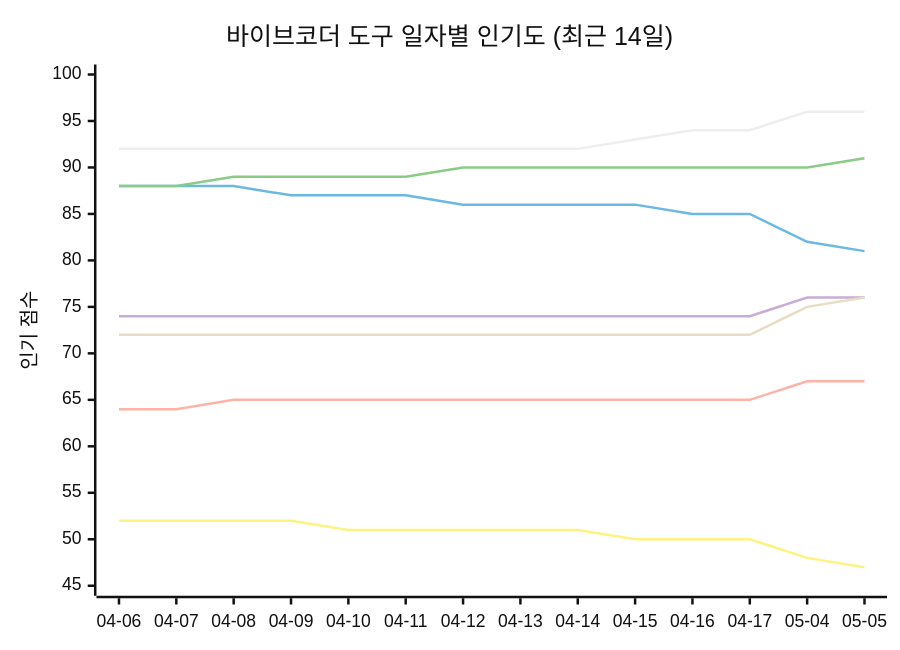
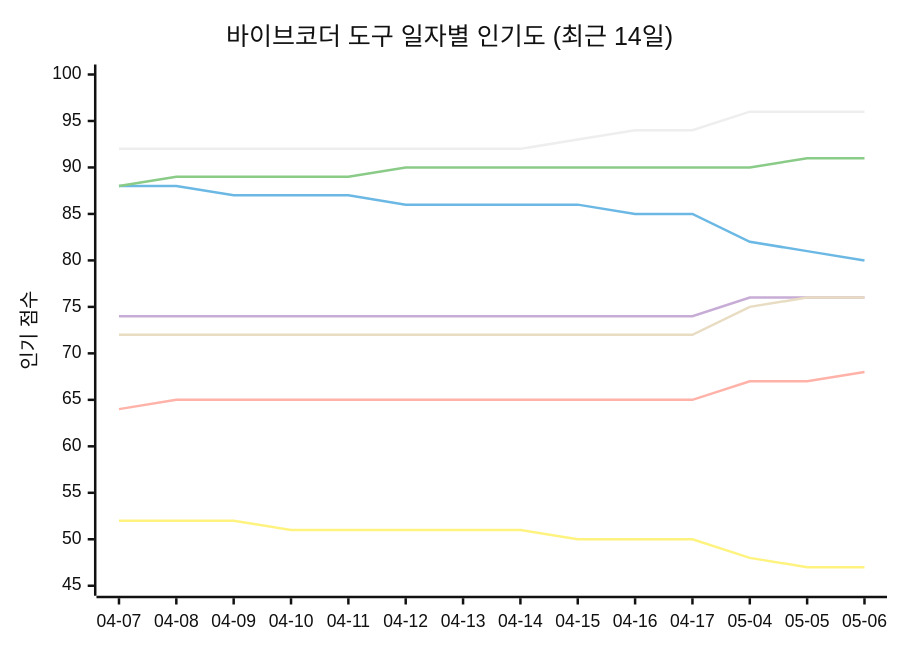
Before and after one commit to tykimos/ai-whatchelin: the seventh of 11 diagrams in README_ko.md, drawn with Mermaid (neutral theme). The commit also changed other lines of this file and 4 other files, not shown here.

````diff
--- a/README_ko.md
+++ b/README_ko.md
@@ -683,13 +684,13 @@
 ```mermaid
 xychart-beta
     title "바이브코더 도구 일자별 인기도 (최근 14일)"
-    x-axis ["04-06", "04-07", "04-08", "04-09", "04-10", "04-11", "04-12", "04-13", "04-14", "04-15", "04-16", "04-17", "05-04", "05-05"]
+    x-axis ["04-07", "04-08", "04-09", "04-10", "04-11", "04-12", "04-13", "04-14", "04-15", "04-16", "04-17", "05-04", "05-05", "05-06"]
     y-axis "인기 점수" 45 --> 100
-    line "Claude Code" [92, 92, 92, 92, 92, 92, 92, 92, 92, 93, 94, 94, 96, 96]
-    line "GH Copilot" [88, 88, 88, 87, 87, 87, 86, 86, 86, 86, 85, 85, 82, 81]
-    line "Cursor" [88, 88, 89, 89, 89, 89, 90, 90, 90, 90, 90, 90, 90, 91]
-    line "Windsurf" [74, 74, 74, 74, 74, 74, 74, 74, 74, 74, 74, 74, 76, 76]
-    line "Codex CLI" [72, 72, 72, 72, 72, 72, 72, 72, 72, 72, 72, 72, 75, 76]
-    line "Gemini CLI" [64, 64, 65, 65, 65, 65, 65, 65, 65, 65, 65, 65, 67, 67]
-    line "Antigravity" [52, 52, 52, 52, 51, 51, 51, 51, 51, 50, 50, 50, 48, 47]
+    line "Claude Code" [92, 92, 92, 92, 92, 92, 92, 92, 93, 94, 94, 96, 96, 96]
+    line "GH Copilot" [88, 88, 87, 87, 87, 86, 86, 86, 86, 85, 85, 82, 81, 80]
+    line "Cursor" [88, 89, 89, 89, 89, 90, 90, 90, 90, 90, 90, 90, 91, 91]
+    line "Windsurf" [74, 74, 74, 74, 74, 74, 74, 74, 74, 74, 74, 76, 76, 76]
+    line "Codex CLI" [72, 72, 72, 72, 72, 72, 72, 72, 72, 72, 72, 75, 76, 76]
+    line "Gemini CLI" [64, 65, 65, 65, 65, 65, 65, 65, 65, 65, 65, 67, 67, 68]
+    line "Antigravity" [52, 52, 52, 51, 51, 51, 51, 51, 50, 50, 50, 48, 47, 47]
 ```
````
